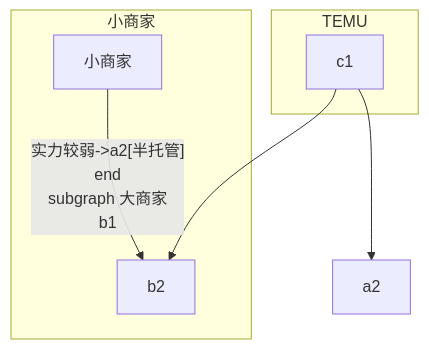
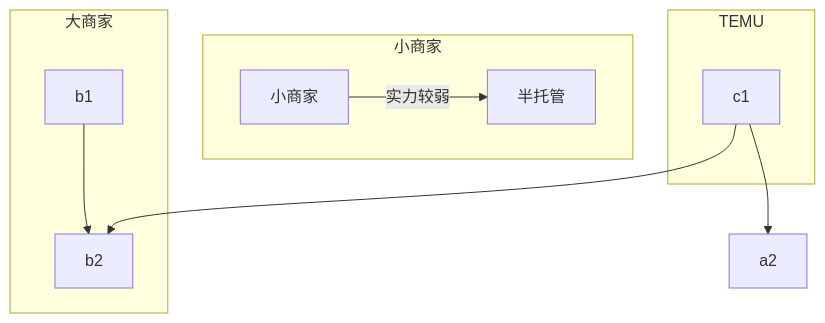
Before and after one commit to Zora0203/iodraw-files: the diagram in all/TEMU链路图.md, drawn with Mermaid.

Commit message:
2024-12-06 16:31:18 update

````diff
--- a/all/TEMU链路图.md
+++ b/all/TEMU链路图.md
@@ -1,13 +1,13 @@
 ```mermaid
 flowchart TB
     c1-->a2
     subgraph 小商家
-    a1[小商家]--实力较弱->a2[半托管]
+    a1[小商家]--实力较弱-->ban[半托管]
     end
     subgraph 大商家
     b1-->b2
     end
     subgraph TEMU
     c1-->b2
     end
 ```
````
